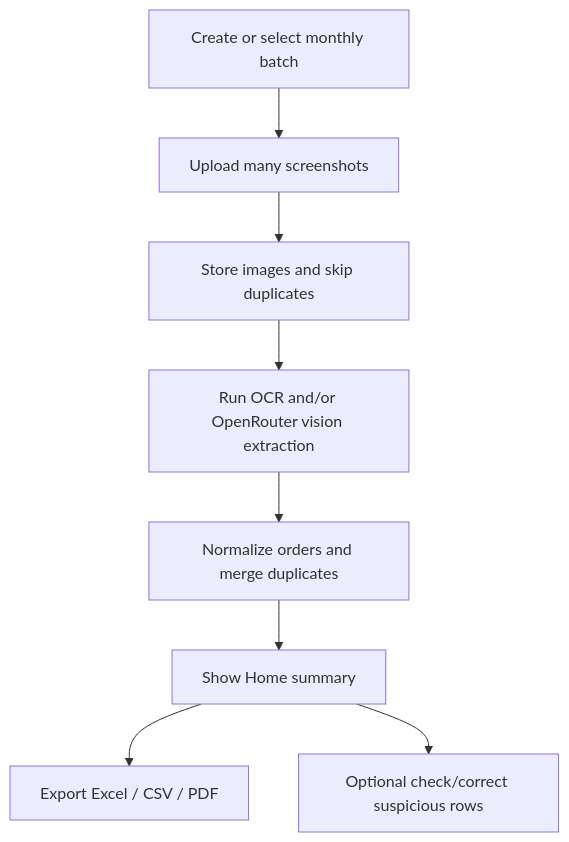
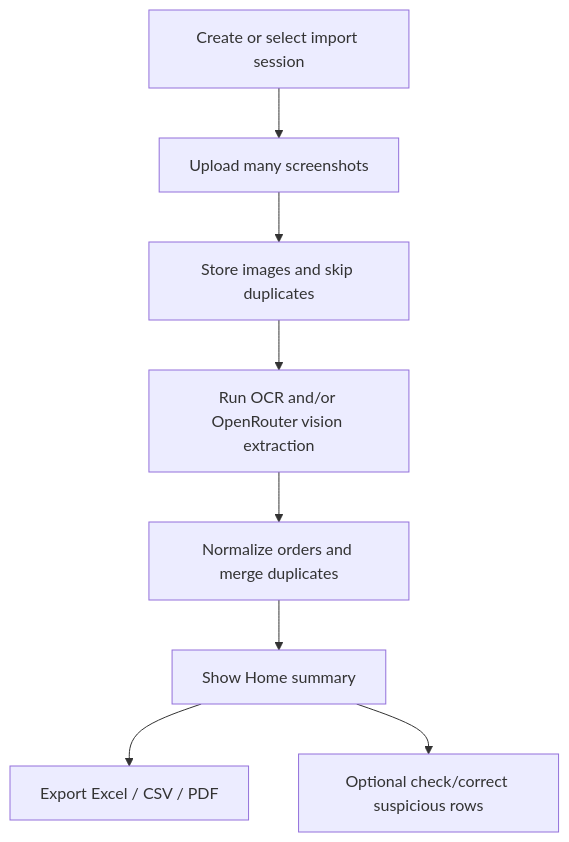
The diagram in PROJECT_INDEX.md (bew45/orderLed), drawn with Mermaid before and after one commit. The commit also changed other lines of this file and 40 other files, not shown here.

````diff
--- a/PROJECT_INDEX.md
+++ b/PROJECT_INDEX.md
@@ -11,10 +11,10 @@
 ```mermaid
 flowchart TD
-  A["Create or select monthly batch"] --> B["Upload many screenshots"]
+  A["Create or select import session"] --> B["Upload many screenshots"]
   B --> C["Store images and skip duplicates"]
   C --> D["Run OCR and/or OpenRouter vision extraction"]
   D --> E["Normalize orders and merge duplicates"]
   E --> F["Show Home summary"]
   F --> G["Export Excel / CSV / PDF"]
   F --> H["Optional check/correct suspicious rows"]
 ```
````
